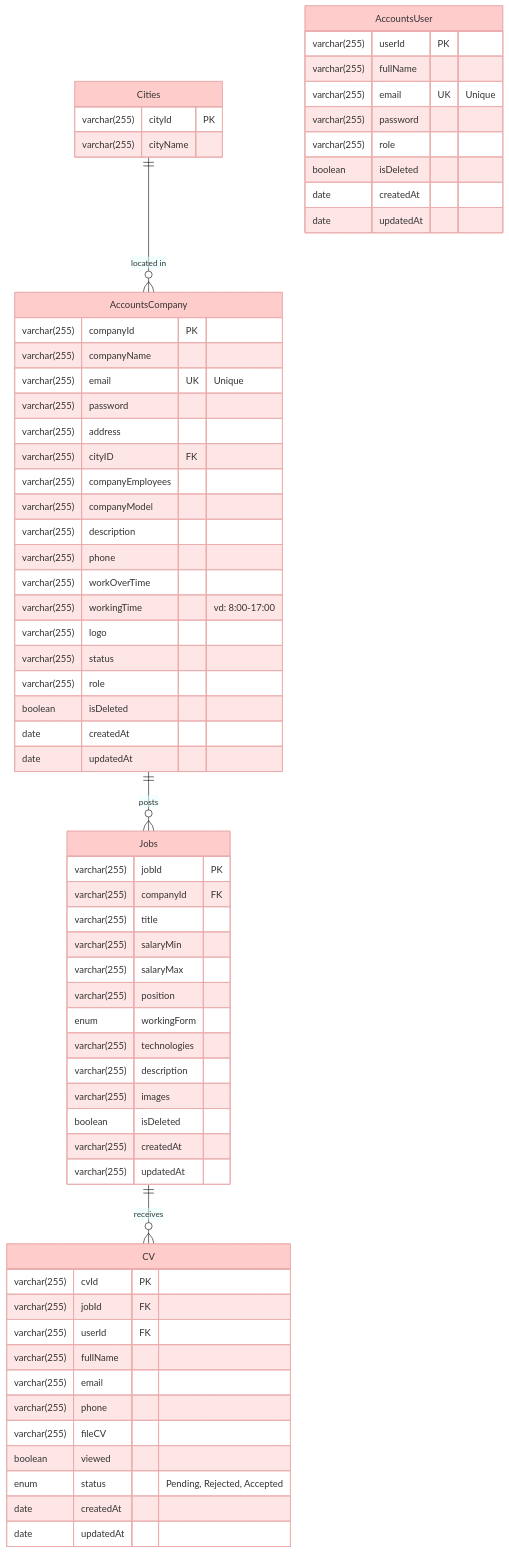
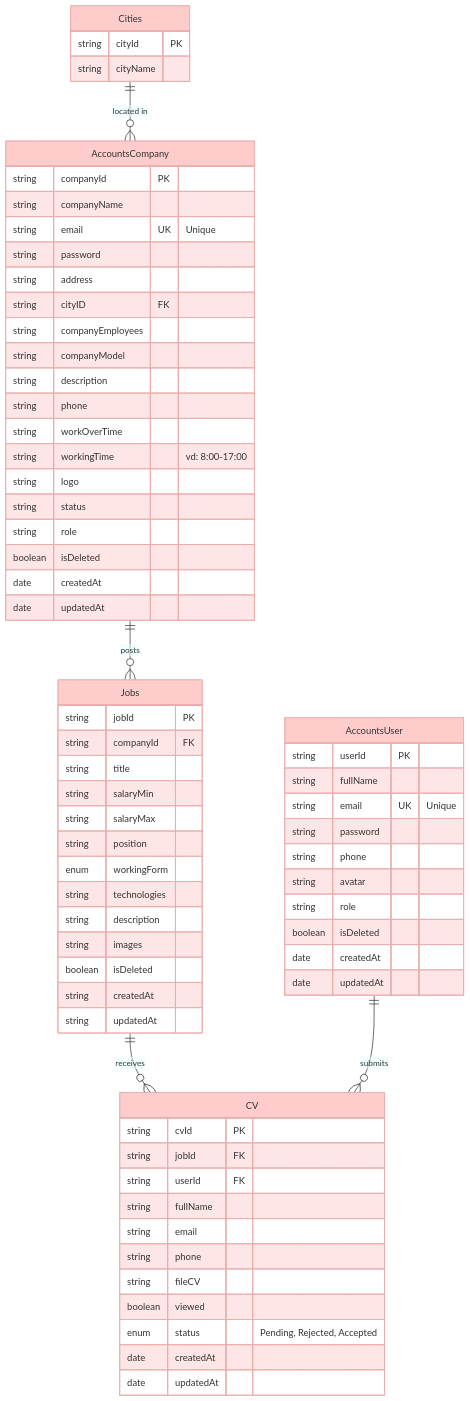
Before and after one commit to ngokwuan/TechJob_BE: the diagram in docs/db-des/erd.md, drawn with Mermaid. The commit also changed 3 other files, not shown here.

````diff
--- a/docs/db-des/erd.md
+++ b/docs/db-des/erd.md
@@ -1,75 +1,77 @@
 ```mermaid
 %%{init: {'theme':'base', 'themeVariables': { 'primaryColor':'#ffcccc'}, 'er': {'layoutDirection': 'LR'}}}%%
 erDiagram
     Cities ||--o{ AccountsCompany : "located in"
     AccountsCompany ||--o{ Jobs : "posts"
     Jobs ||--o{ CV : "receives"
-
+AccountsUser ||--o{ CV : "submits"
     AccountsCompany {
-        varchar(255) companyId PK
-        varchar(255) companyName
-        varchar(255) email UK "Unique"
-        varchar(255) password
-        varchar(255) address
-        varchar(255) cityID FK
-        varchar(255) companyEmployees
-        varchar(255) companyModel
-        varchar(255) description
-        varchar(255) phone
-        varchar(255) workOverTime
-        varchar(255) workingTime "vd: 8:00-17:00"
-        varchar(255) logo
-        varchar(255) status
-        varchar(255) role
+       string companyId PK
+       string companyName
+       string email UK "Unique"
+       string password
+       string address
+       string cityID FK
+       string companyEmployees
+       string companyModel
+       string description
+       string phone
+       string workOverTime
+       string workingTime "vd: 8:00-17:00"
+       string logo
+       string status
+       string role
         boolean isDeleted
         date createdAt
         date updatedAt
     }
 
     AccountsUser {
-        varchar(255) userId PK
-        varchar(255) fullName
-        varchar(255) email UK "Unique"
-        varchar(255) password
-        varchar(255) role
+       string userId PK
+       string fullName
+       string email UK "Unique"
+       string password
+       string phone
+       string avatar
+       string role
         boolean isDeleted
         date createdAt
         date updatedAt
     }
 
     Cities {
-        varchar(255) cityId PK
-        varchar(255) cityName
+       string cityId PK
+       string cityName
     }
 
     Jobs {
-        varchar(255) jobId PK
-        varchar(255) companyId FK
-        varchar(255) title
-        varchar(255) salaryMin
-        varchar(255) salaryMax
-        varchar(255) position
+       string jobId PK
+       string companyId FK
+       string title
+       string salaryMin
+       string salaryMax
+       string position
         enum workingForm
-        varchar(255) technologies
-        varchar(255) description
-        varchar(255) images
+       string technologies
+       string description
+       string images
         boolean isDeleted
-        varchar(255) createdAt
-        varchar(255) updatedAt
+       string createdAt
+       string updatedAt
     }
 
     CV {
-        varchar(255) cvId PK
-        varchar(255) jobId FK
-        varchar(255) userId FK
-        varchar(255) fullName
-        varchar(255) email
-        varchar(255) phone
-        varchar(255) fileCV
+       string cvId PK
+       string jobId FK
+       string userId FK
+       string fullName
+       string email
+       string phone
+       string fileCV
         boolean viewed
         enum status "Pending, Rejected, Accepted"
         date createdAt
         date updatedAt
     }
 
 ```
````
